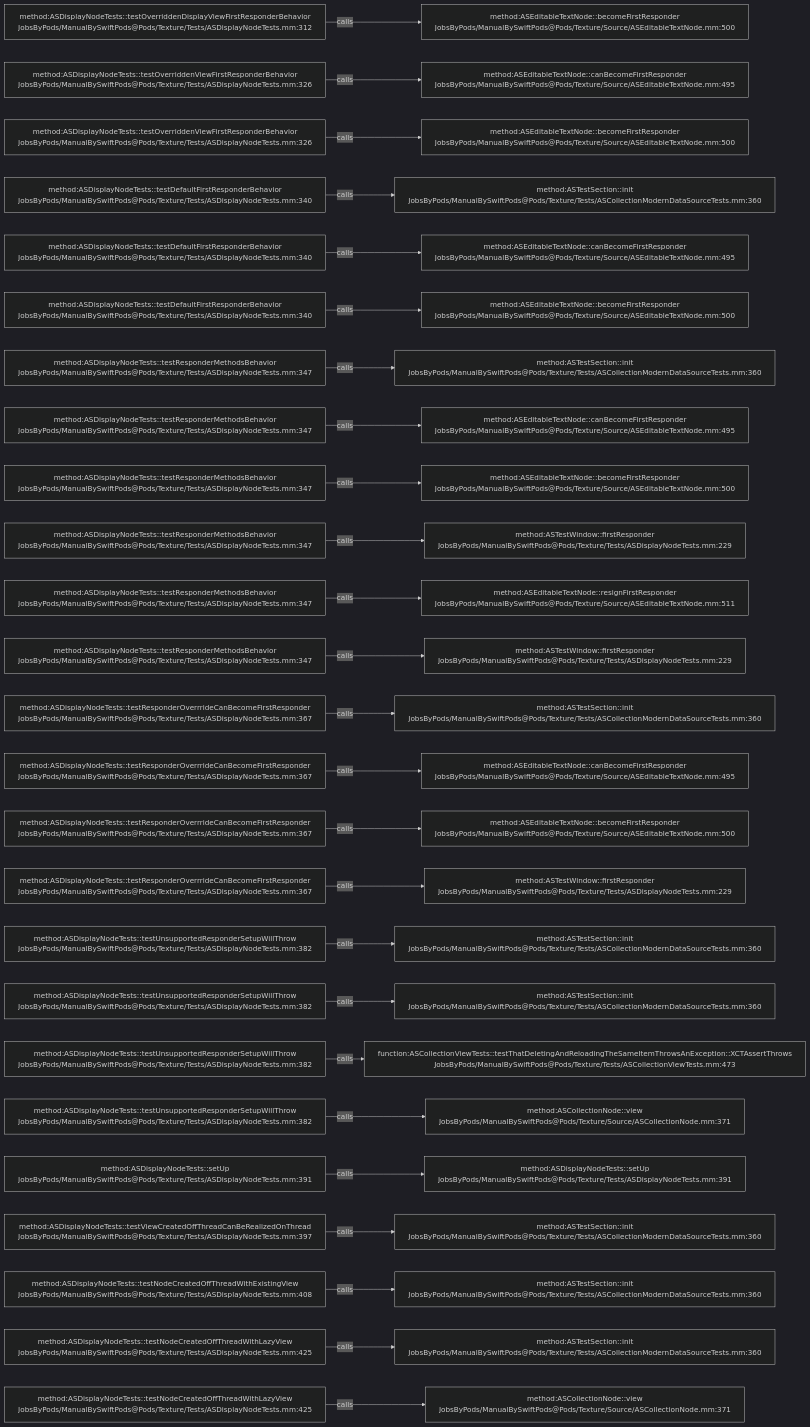
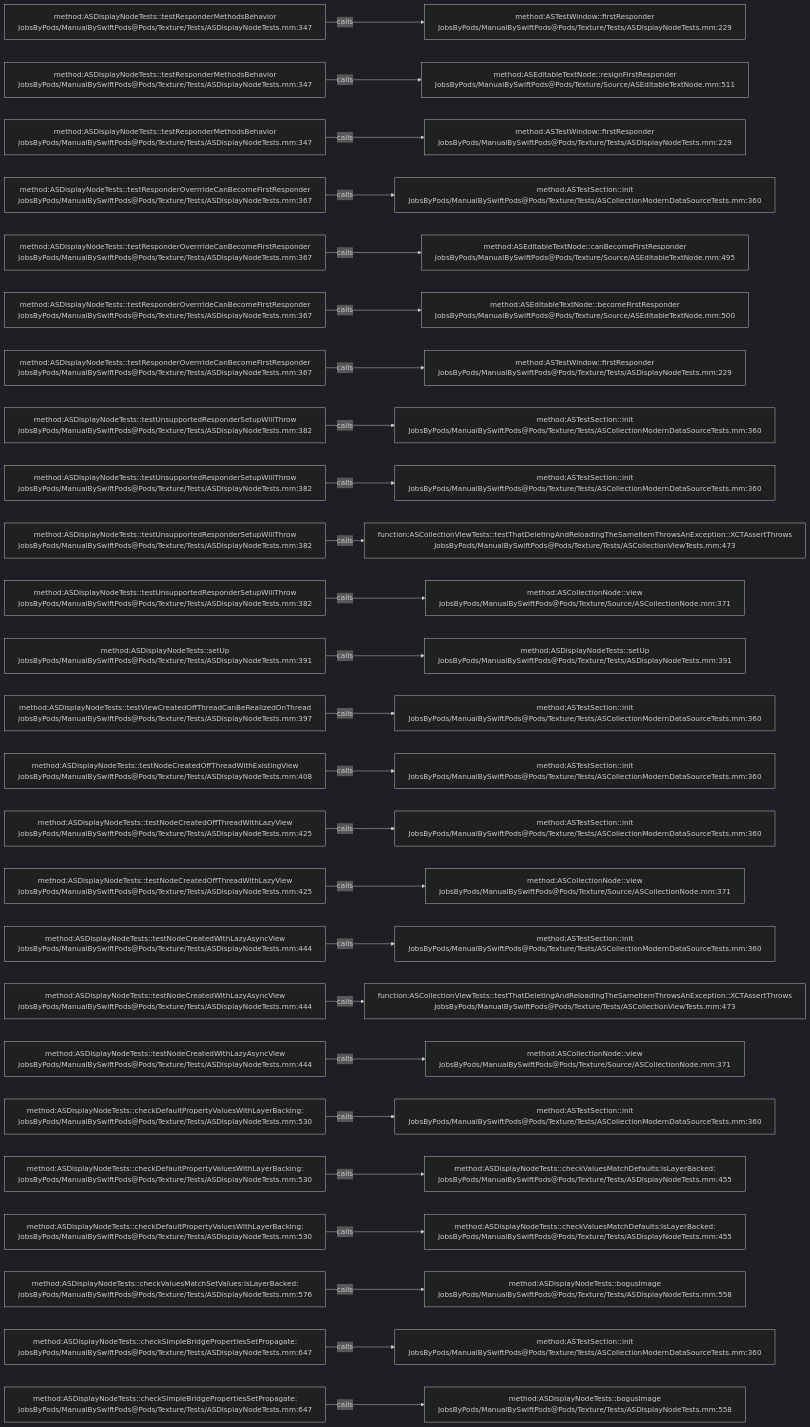
The diagram in .codegraph/codegraph.md/graphs/calls-187.md (JobsKits/JobsSwiftBaseConfigDemo), drawn with Mermaid (dark theme) before and after one commit. The commit also changed 707 other files, not shown here.

````diff
--- a/.codegraph/codegraph.md/graphs/calls-187.md
+++ b/.codegraph/codegraph.md/graphs/calls-187.md
@@ -13,78 +13,78 @@
 ```mermaid
 flowchart LR
-  S1["method:ASDisplayNodeTests::testOverriddenDisplayViewFirstResponderBehavior<br/>JobsByPods/ManualBySwiftPods@Pods/Texture/Tests/ASDisplayNodeTests.mm:312"]
-  T1["method:ASEditableTextNode::becomeFirstResponder<br/>JobsByPods/ManualBySwiftPods@Pods/Texture/Source/ASEditableTextNode.mm:500"]
+  S1["method:ASDisplayNodeTests::testResponderMethodsBehavior<br/>JobsByPods/ManualBySwiftPods@Pods/Texture/Tests/ASDisplayNodeTests.mm:347"]
+  T1["method:ASTestWindow::firstResponder<br/>JobsByPods/ManualBySwiftPods@Pods/Texture/Tests/ASDisplayNodeTests.mm:229"]
   S1 -->|calls| T1
-  S2["method:ASDisplayNodeTests::testOverriddenViewFirstResponderBehavior<br/>JobsByPods/ManualBySwiftPods@Pods/Texture/Tests/ASDisplayNodeTests.mm:326"]
-  T2["method:ASEditableTextNode::canBecomeFirstResponder<br/>JobsByPods/ManualBySwiftPods@Pods/Texture/Source/ASEditableTextNode.mm:495"]
+  S2["method:ASDisplayNodeTests::testResponderMethodsBehavior<br/>JobsByPods/ManualBySwiftPods@Pods/Texture/Tests/ASDisplayNodeTests.mm:347"]
+  T2["method:ASEditableTextNode::resignFirstResponder<br/>JobsByPods/ManualBySwiftPods@Pods/Texture/Source/ASEditableTextNode.mm:511"]
   S2 -->|calls| T2
-  S3["method:ASDisplayNodeTests::testOverriddenViewFirstResponderBehavior<br/>JobsByPods/ManualBySwiftPods@Pods/Texture/Tests/ASDisplayNodeTests.mm:326"]
-  T3["method:ASEditableTextNode::becomeFirstResponder<br/>JobsByPods/ManualBySwiftPods@Pods/Texture/Source/ASEditableTextNode.mm:500"]
+  S3["method:ASDisplayNodeTests::testResponderMethodsBehavior<br/>JobsByPods/ManualBySwiftPods@Pods/Texture/Tests/ASDisplayNodeTests.mm:347"]
+  T3["method:ASTestWindow::firstResponder<br/>JobsByPods/ManualBySwiftPods@Pods/Texture/Tests/ASDisplayNodeTests.mm:229"]
   S3 -->|calls| T3
-  S4["method:ASDisplayNodeTests::testDefaultFirstResponderBehavior<br/>JobsByPods/ManualBySwiftPods@Pods/Texture/Tests/ASDisplayNodeTests.mm:340"]
+  S4["method:ASDisplayNodeTests::testResponderOverrrideCanBecomeFirstResponder<br/>JobsByPods/ManualBySwiftPods@Pods/Texture/Tests/ASDisplayNodeTests.mm:367"]
   T4["method:ASTestSection::init<br/>JobsByPods/ManualBySwiftPods@Pods/Texture/Tests/ASCollectionModernDataSourceTests.mm:360"]
   S4 -->|calls| T4
-  S5["method:ASDisplayNodeTests::testDefaultFirstResponderBehavior<br/>JobsByPods/ManualBySwiftPods@Pods/Texture/Tests/ASDisplayNodeTests.mm:340"]
+  S5["method:ASDisplayNodeTests::testResponderOverrrideCanBecomeFirstResponder<br/>JobsByPods/ManualBySwiftPods@Pods/Texture/Tests/ASDisplayNodeTests.mm:367"]
   T5["method:ASEditableTextNode::canBecomeFirstResponder<br/>JobsByPods/ManualBySwiftPods@Pods/Texture/Source/ASEditableTextNode.mm:495"]
   S5 -->|calls| T5
-  S6["method:ASDisplayNodeTests::testDefaultFirstResponderBehavior<br/>JobsByPods/ManualBySwiftPods@Pods/Texture/Tests/ASDisplayNodeTests.mm:340"]
+  S6["method:ASDisplayNodeTests::testResponderOverrrideCanBecomeFirstResponder<br/>JobsByPods/ManualBySwiftPods@Pods/Texture/Tests/ASDisplayNodeTests.mm:367"]
   T6["method:ASEditableTextNode::becomeFirstResponder<br/>JobsByPods/ManualBySwiftPods@Pods/Texture/Source/ASEditableTextNode.mm:500"]
   S6 -->|calls| T6
-  S7["method:ASDisplayNodeTests::testResponderMethodsBehavior<br/>JobsByPods/ManualBySwiftPods@Pods/Texture/Tests/ASDisplayNodeTests.mm:347"]
-  T7["method:ASTestSection::init<br/>JobsByPods/ManualBySwiftPods@Pods/Texture/Tests/ASCollectionModernDataSourceTests.mm:360"]
+  S7["method:ASDisplayNodeTests::testResponderOverrrideCanBecomeFirstResponder<br/>JobsByPods/ManualBySwiftPods@Pods/Texture/Tests/ASDisplayNodeTests.mm:367"]
+  T7["method:ASTestWindow::firstResponder<br/>JobsByPods/ManualBySwiftPods@Pods/Texture/Tests/ASDisplayNodeTests.mm:229"]
   S7 -->|calls| T7
-  S8["method:ASDisplayNodeTests::testResponderMethodsBehavior<br/>JobsByPods/ManualBySwiftPods@Pods/Texture/Tests/ASDisplayNodeTests.mm:347"]
-  T8["method:ASEditableTextNode::canBecomeFirstResponder<br/>JobsByPods/ManualBySwiftPods@Pods/Texture/Source/ASEditableTextNode.mm:495"]
+  S8["method:ASDisplayNodeTests::testUnsupportedResponderSetupWillThrow<br/>JobsByPods/ManualBySwiftPods@Pods/Texture/Tests/ASDisplayNodeTests.mm:382"]
+  T8["method:ASTestSection::init<br/>JobsByPods/ManualBySwiftPods@Pods/Texture/Tests/ASCollectionModernDataSourceTests.mm:360"]
   S8 -->|calls| T8
-  S9["method:ASDisplayNodeTests::testResponderMethodsBehavior<br/>JobsByPods/ManualBySwiftPods@Pods/Texture/Tests/ASDisplayNodeTests.mm:347"]
-  T9["method:ASEditableTextNode::becomeFirstResponder<br/>JobsByPods/ManualBySwiftPods@Pods/Texture/Source/ASEditableTextNode.mm:500"]
+  S9["method:ASDisplayNodeTests::testUnsupportedResponderSetupWillThrow<br/>JobsByPods/ManualBySwiftPods@Pods/Texture/Tests/ASDisplayNodeTests.mm:382"]
+  T9["method:ASTestSection::init<br/>JobsByPods/ManualBySwiftPods@Pods/Texture/Tests/ASCollectionModernDataSourceTests.mm:360"]
   S9 -->|calls| T9
-  S10["method:ASDisplayNodeTests::testResponderMethodsBehavior<br/>JobsByPods/ManualBySwiftPods@Pods/Texture/Tests/ASDisplayNodeTests.mm:347"]
-  T10["method:ASTestWindow::firstResponder<br/>JobsByPods/ManualBySwiftPods@Pods/Texture/Tests/ASDisplayNodeTests.mm:229"]
+  S10["method:ASDisplayNodeTests::testUnsupportedResponderSetupWillThrow<br/>JobsByPods/ManualBySwiftPods@Pods/Texture/Tests/ASDisplayNodeTests.mm:382"]
+  T10["function:ASCollectionViewTests::testThatDeletingAndReloadingTheSameItemThrowsAnException::XCTAssertThrows<br/>JobsByPods/ManualBySwiftPods@Pods/Texture/Tests/ASCollectionViewTests.mm:473"]
   S10 -->|calls| T10
-  S11["method:ASDisplayNodeTests::testResponderMethodsBehavior<br/>JobsByPods/ManualBySwiftPods@Pods/Texture/Tests/ASDisplayNodeTests.mm:347"]
-  T11["method:ASEditableTextNode::resignFirstResponder<br/>JobsByPods/ManualBySwiftPods@Pods/Texture/Source/ASEditableTextNode.mm:511"]
+  S11["method:ASDisplayNodeTests::testUnsupportedResponderSetupWillThrow<br/>JobsByPods/ManualBySwiftPods@Pods/Texture/Tests/ASDisplayNodeTests.mm:382"]
+  T11["method:ASCollectionNode::view<br/>JobsByPods/ManualBySwiftPods@Pods/Texture/Source/ASCollectionNode.mm:371"]
   S11 -->|calls| T11
-  S12["method:ASDisplayNodeTests::testResponderMethodsBehavior<br/>JobsByPods/ManualBySwiftPods@Pods/Texture/Tests/ASDisplayNodeTests.mm:347"]
-  T12["method:ASTestWindow::firstResponder<br/>JobsByPods/ManualBySwiftPods@Pods/Texture/Tests/ASDisplayNodeTests.mm:229"]
+  S12["method:ASDisplayNodeTests::setUp<br/>JobsByPods/ManualBySwiftPods@Pods/Texture/Tests/ASDisplayNodeTests.mm:391"]
+  T12["method:ASDisplayNodeTests::setUp<br/>JobsByPods/ManualBySwiftPods@Pods/Texture/Tests/ASDisplayNodeTests.mm:391"]
   S12 -->|calls| T12
-  S13["method:ASDisplayNodeTests::testResponderOverrrideCanBecomeFirstResponder<br/>JobsByPods/ManualBySwiftPods@Pods/Texture/Tests/ASDisplayNodeTests.mm:367"]
+  S13["method:ASDisplayNodeTests::testViewCreatedOffThreadCanBeRealizedOnThread<br/>JobsByPods/ManualBySwiftPods@Pods/Texture/Tests/ASDisplayNodeTests.mm:397"]
   T13["method:ASTestSection::init<br/>JobsByPods/ManualBySwiftPods@Pods/Texture/Tests/ASCollectionModernDataSourceTests.mm:360"]
   S13 -->|calls| T13
-  S14["method:ASDisplayNodeTests::testResponderOverrrideCanBecomeFirstResponder<br/>JobsByPods/ManualBySwiftPods@Pods/Texture/Tests/ASDisplayNodeTests.mm:367"]
-  T14["method:ASEditableTextNode::canBecomeFirstResponder<br/>JobsByPods/ManualBySwiftPods@Pods/Texture/Source/ASEditableTextNode.mm:495"]
+  S14["method:ASDisplayNodeTests::testNodeCreatedOffThreadWithExistingView<br/>JobsByPods/ManualBySwiftPods@Pods/Texture/Tests/ASDisplayNodeTests.mm:408"]
+  T14["method:ASTestSection::init<br/>JobsByPods/ManualBySwiftPods@Pods/Texture/Tests/ASCollectionModernDataSourceTests.mm:360"]
   S14 -->|calls| T14
-  S15["method:ASDisplayNodeTests::testResponderOverrrideCanBecomeFirstResponder<br/>JobsByPods/ManualBySwiftPods@Pods/Texture/Tests/ASDisplayNodeTests.mm:367"]
-  T15["method:ASEditableTextNode::becomeFirstResponder<br/>JobsByPods/ManualBySwiftPods@Pods/Texture/Source/ASEditableTextNode.mm:500"]
+  S15["method:ASDisplayNodeTests::testNodeCreatedOffThreadWithLazyView<br/>JobsByPods/ManualBySwiftPods@Pods/Texture/Tests/ASDisplayNodeTests.mm:425"]
+  T15["method:ASTestSection::init<br/>JobsByPods/ManualBySwiftPods@Pods/Texture/Tests/ASCollectionModernDataSourceTests.mm:360"]
   S15 -->|calls| T15
-  S16["method:ASDisplayNodeTests::testResponderOverrrideCanBecomeFirstResponder<br/>JobsByPods/ManualBySwiftPods@Pods/Texture/Tests/ASDisplayNodeTests.mm:367"]
-  T16["method:ASTestWindow::firstResponder<br/>JobsByPods/ManualBySwiftPods@Pods/Texture/Tests/ASDisplayNodeTests.mm:229"]
+  S16["method:ASDisplayNodeTests::testNodeCreatedOffThreadWithLazyView<br/>JobsByPods/ManualBySwiftPods@Pods/Texture/Tests/ASDisplayNodeTests.mm:425"]
+  T16["method:ASCollectionNode::view<br/>JobsByPods/ManualBySwiftPods@Pods/Texture/Source/ASCollectionNode.mm:371"]
   S16 -->|calls| T16
-  S17["method:ASDisplayNodeTests::testUnsupportedResponderSetupWillThrow<br/>JobsByPods/ManualBySwiftPods@Pods/Texture/Tests/ASDisplayNodeTests.mm:382"]
+  S17["method:ASDisplayNodeTests::testNodeCreatedWithLazyAsyncView<br/>JobsByPods/ManualBySwiftPods@Pods/Texture/Tests/ASDisplayNodeTests.mm:444"]
   T17["method:ASTestSection::init<br/>JobsByPods/ManualBySwiftPods@Pods/Texture/Tests/ASCollectionModernDataSourceTests.mm:360"]
   S17 -->|calls| T17
-  S18["method:ASDisplayNodeTests::testUnsupportedResponderSetupWillThrow<br/>JobsByPods/ManualBySwiftPods@Pods/Texture/Tests/ASDisplayNodeTests.mm:382"]
-  T18["method:ASTestSection::init<br/>JobsByPods/ManualBySwiftPods@Pods/Texture/Tests/ASCollectionModernDataSourceTests.mm:360"]
+  S18["method:ASDisplayNodeTests::testNodeCreatedWithLazyAsyncView<br/>JobsByPods/ManualBySwiftPods@Pods/Texture/Tests/ASDisplayNodeTests.mm:444"]
+  T18["function:ASCollectionViewTests::testThatDeletingAndReloadingTheSameItemThrowsAnException::XCTAssertThrows<br/>JobsByPods/ManualBySwiftPods@Pods/Texture/Tests/ASCollectionViewTests.mm:473"]
   S18 -->|calls| T18
-  S19["method:ASDisplayNodeTests::testUnsupportedResponderSetupWillThrow<br/>JobsByPods/ManualBySwiftPods@Pods/Texture/Tests/ASDisplayNodeTests.mm:382"]
-  T19["function:ASCollectionViewTests::testThatDeletingAndReloadingTheSameItemThrowsAnException::XCTAssertThrows<br/>JobsByPods/ManualBySwiftPods@Pods/Texture/Tests/ASCollectionViewTests.mm:473"]
+  S19["method:ASDisplayNodeTests::testNodeCreatedWithLazyAsyncView<br/>JobsByPods/ManualBySwiftPods@Pods/Texture/Tests/ASDisplayNodeTests.mm:444"]
+  T19["method:ASCollectionNode::view<br/>JobsByPods/ManualBySwiftPods@Pods/Texture/Source/ASCollectionNode.mm:371"]
   S19 -->|calls| T19
-  S20["method:ASDisplayNodeTests::testUnsupportedResponderSetupWillThrow<br/>JobsByPods/ManualBySwiftPods@Pods/Texture/Tests/ASDisplayNodeTests.mm:382"]
-  T20["method:ASCollectionNode::view<br/>JobsByPods/ManualBySwiftPods@Pods/Texture/Source/ASCollectionNode.mm:371"]
+  S20["method:ASDisplayNodeTests::checkDefaultPropertyValuesWithLayerBacking:<br/>JobsByPods/ManualBySwiftPods@Pods/Texture/Tests/ASDisplayNodeTests.mm:530"]
+  T20["method:ASTestSection::init<br/>JobsByPods/ManualBySwiftPods@Pods/Texture/Tests/ASCollectionModernDataSourceTests.mm:360"]
   S20 -->|calls| T20
-  S21["method:ASDisplayNodeTests::setUp<br/>JobsByPods/ManualBySwiftPods@Pods/Texture/Tests/ASDisplayNodeTests.mm:391"]
-  T21["method:ASDisplayNodeTests::setUp<br/>JobsByPods/ManualBySwiftPods@Pods/Texture/Tests/ASDisplayNodeTests.mm:391"]
+  S21["method:ASDisplayNodeTests::checkDefaultPropertyValuesWithLayerBacking:<br/>JobsByPods/ManualBySwiftPods@Pods/Texture/Tests/ASDisplayNodeTests.mm:530"]
+  T21["method:ASDisplayNodeTests::checkValuesMatchDefaults:isLayerBacked:<br/>JobsByPods/ManualBySwiftPods@Pods/Texture/Tests/ASDisplayNodeTests.mm:455"]
   S21 -->|calls| T21
-  S22["method:ASDisplayNodeTests::testViewCreatedOffThreadCanBeRealizedOnThread<br/>JobsByPods/ManualBySwiftPods@Pods/Texture/Tests/ASDisplayNodeTests.mm:397"]
-  T22["method:ASTestSection::init<br/>JobsByPods/ManualBySwiftPods@Pods/Texture/Tests/ASCollectionModernDataSourceTests.mm:360"]
+  S22["method:ASDisplayNodeTests::checkDefaultPropertyValuesWithLayerBacking:<br/>JobsByPods/ManualBySwiftPods@Pods/Texture/Tests/ASDisplayNodeTests.mm:530"]
+  T22["method:ASDisplayNodeTests::checkValuesMatchDefaults:isLayerBacked:<br/>JobsByPods/ManualBySwiftPods@Pods/Texture/Tests/ASDisplayNodeTests.mm:455"]
   S22 -->|calls| T22
-  S23["method:ASDisplayNodeTests::testNodeCreatedOffThreadWithExistingView<br/>JobsByPods/ManualBySwiftPods@Pods/Texture/Tests/ASDisplayNodeTests.mm:408"]
-  T23["method:ASTestSection::init<br/>JobsByPods/ManualBySwiftPods@Pods/Texture/Tests/ASCollectionModernDataSourceTests.mm:360"]
+  S23["method:ASDisplayNodeTests::checkValuesMatchSetValues:isLayerBacked:<br/>JobsByPods/ManualBySwiftPods@Pods/Texture/Tests/ASDisplayNodeTests.mm:576"]
+  T23["method:ASDisplayNodeTests::bogusImage<br/>JobsByPods/ManualBySwiftPods@Pods/Texture/Tests/ASDisplayNodeTests.mm:558"]
   S23 -->|calls| T23
-  S24["method:ASDisplayNodeTests::testNodeCreatedOffThreadWithLazyView<br/>JobsByPods/ManualBySwiftPods@Pods/Texture/Tests/ASDisplayNodeTests.mm:425"]
+  S24["method:ASDisplayNodeTests::checkSimpleBridgePropertiesSetPropagate:<br/>JobsByPods/ManualBySwiftPods@Pods/Texture/Tests/ASDisplayNodeTests.mm:647"]
   T24["method:ASTestSection::init<br/>JobsByPods/ManualBySwiftPods@Pods/Texture/Tests/ASCollectionModernDataSourceTests.mm:360"]
   S24 -->|calls| T24
-  S25["method:ASDisplayNodeTests::testNodeCreatedOffThreadWithLazyView<br/>JobsByPods/ManualBySwiftPods@Pods/Texture/Tests/ASDisplayNodeTests.mm:425"]
-  T25["method:ASCollectionNode::view<br/>JobsByPods/ManualBySwiftPods@Pods/Texture/Source/ASCollectionNode.mm:371"]
+  S25["method:ASDisplayNodeTests::checkSimpleBridgePropertiesSetPropagate:<br/>JobsByPods/ManualBySwiftPods@Pods/Texture/Tests/ASDisplayNodeTests.mm:647"]
+  T25["method:ASDisplayNodeTests::bogusImage<br/>JobsByPods/ManualBySwiftPods@Pods/Texture/Tests/ASDisplayNodeTests.mm:558"]
   S25 -->|calls| T25
 ```
````
